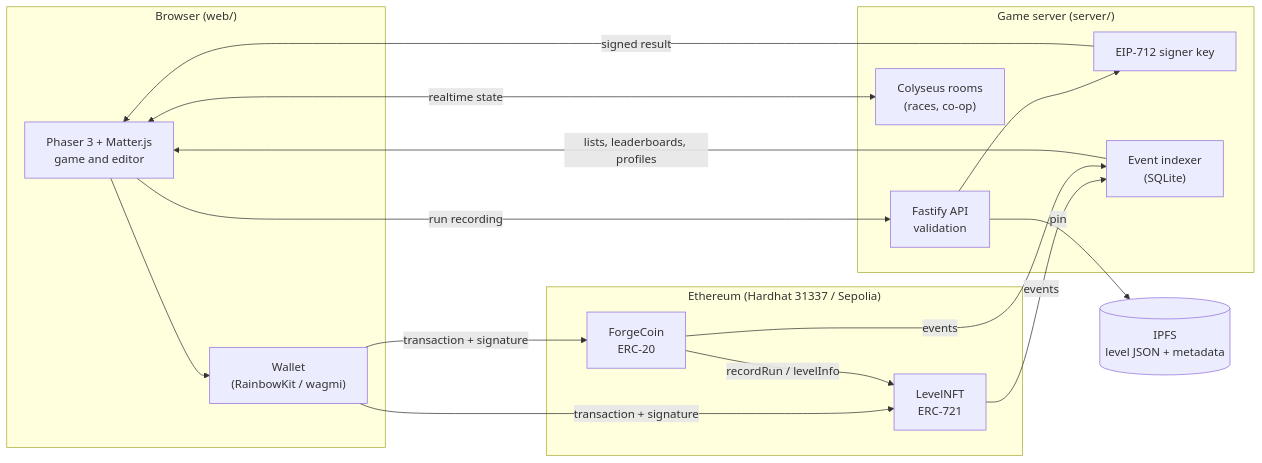
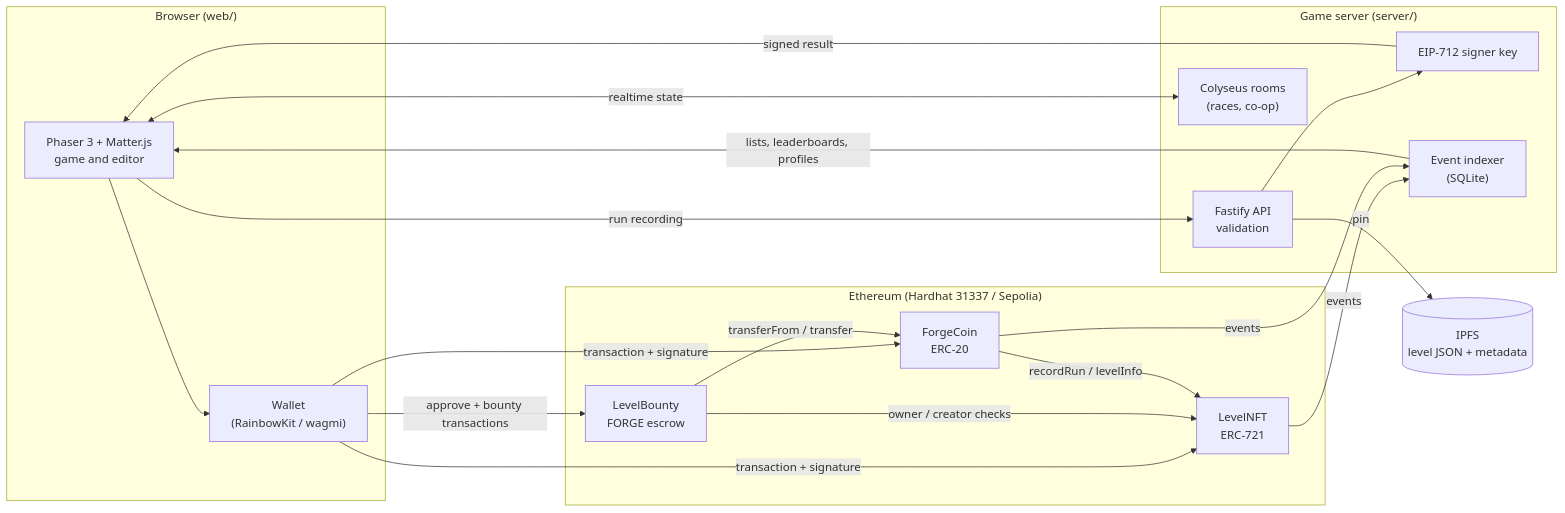
The first of 9 diagrams in docs/BLOCKCHAIN.md (MedSlimane/realmforge), drawn with Mermaid before and after one commit. The commit also changed other lines of this file and 47 other files, not shown here.

````diff
--- a/docs/BLOCKCHAIN.md
+++ b/docs/BLOCKCHAIN.md
@@ -28,31 +29,35 @@
 ```mermaid
 flowchart LR
     subgraph Browser["Browser (web/)"]
         Game["Phaser 3 + Matter.js<br/>game and editor"]
         Wallet["Wallet<br/>(RainbowKit / wagmi)"]
     end
     subgraph Server["Game server (server/)"]
         API["Fastify API<br/>validation"]
         Signer["EIP-712 signer key"]
         Rooms["Colyseus rooms<br/>(races, co-op)"]
         Indexer["Event indexer<br/>(SQLite)"]
     end
     subgraph Chain["Ethereum (Hardhat 31337 / Sepolia)"]
         NFT["LevelNFT<br/>ERC-721"]
         FORGE["ForgeCoin<br/>ERC-20"]
+        BOUNTY["LevelBounty<br/>FORGE escrow"]
     end
     IPFS[("IPFS<br/>level JSON + metadata")]
 
     Game -- "run recording" --> API
     API --> Signer
     Signer -- "signed result" --> Game
     Game --> Wallet
     Wallet -- "transaction + signature" --> NFT
     Wallet -- "transaction + signature" --> FORGE
+    Wallet -- "approve + bounty transactions" --> BOUNTY
+    BOUNTY -- "transferFrom / transfer" --> FORGE
+    BOUNTY -- "owner / creator checks" --> NFT
     FORGE -- "recordRun / levelInfo" --> NFT
     NFT -- "events" --> Indexer
     FORGE -- "events" --> Indexer
     Indexer -- "lists, leaderboards, profiles" --> Game
     API -- "pin" --> IPFS
     Game <-- "realtime state" --> Rooms
 ```
````
